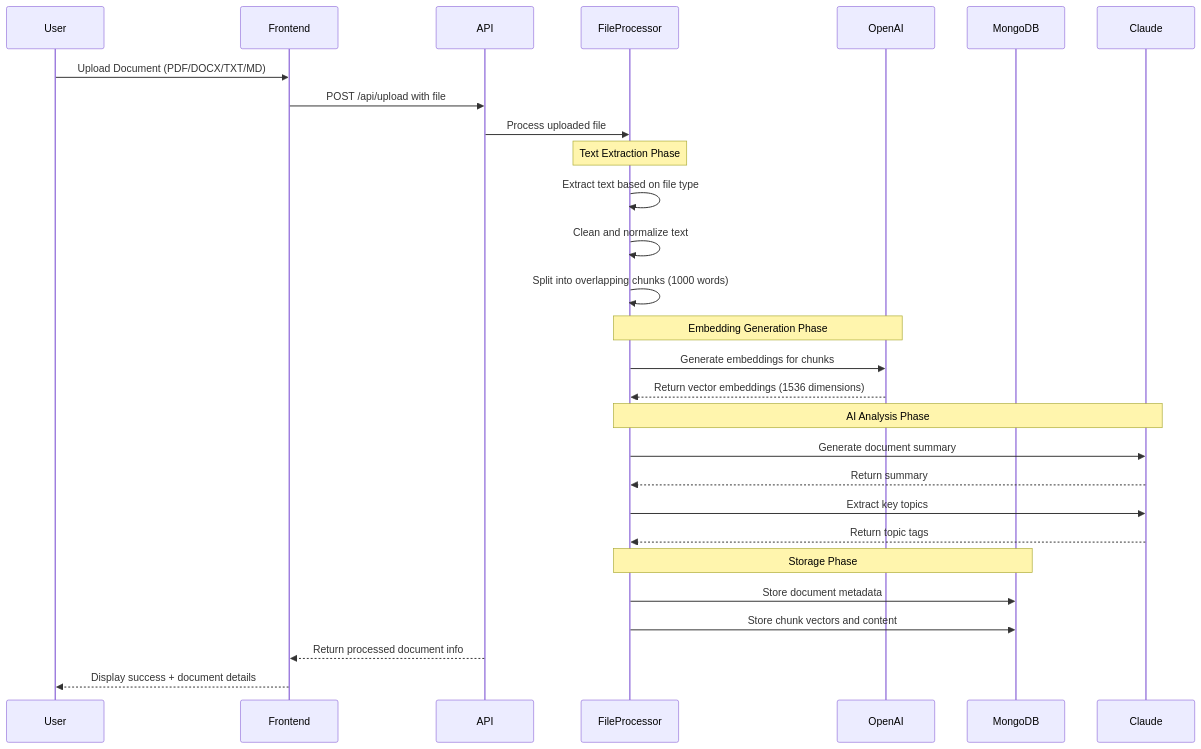
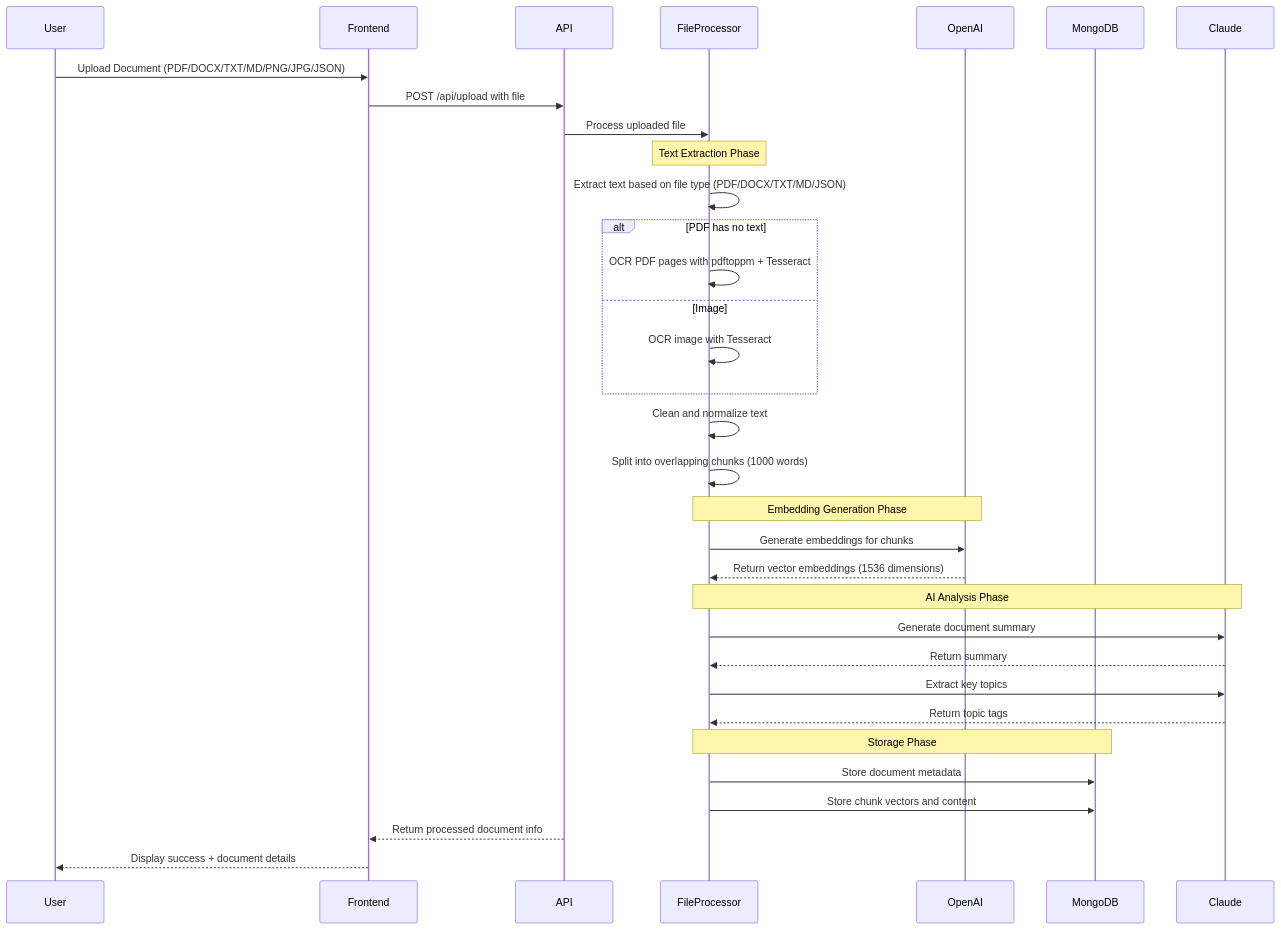
The second of 10 diagrams in README.md (viditkbhatnagar/secondBrain), drawn with Mermaid before and after one commit. The commit also changed other lines of this file and 24 other files, not shown here.

````diff
--- a/README.md
+++ b/README.md
@@ -244,36 +250,41 @@
 ```mermaid
 sequenceDiagram
     participant User
     participant Frontend
     participant API
     participant FileProcessor
     participant OpenAI
     participant MongoDB
     participant Claude
     
-    User->>Frontend: Upload Document (PDF/DOCX/TXT/MD)
+    User->>Frontend: Upload Document (PDF/DOCX/TXT/MD/PNG/JPG/JSON)
     Frontend->>API: POST /api/upload with file
     API->>FileProcessor: Process uploaded file
     
     Note over FileProcessor: Text Extraction Phase
-    FileProcessor->>FileProcessor: Extract text based on file type
+    FileProcessor->>FileProcessor: Extract text based on file type (PDF/DOCX/TXT/MD/JSON)
+    alt PDF has no text
+      FileProcessor->>FileProcessor: OCR PDF pages with pdftoppm + Tesseract
+    else Image
+      FileProcessor->>FileProcessor: OCR image with Tesseract
+    end
     FileProcessor->>FileProcessor: Clean and normalize text
     FileProcessor->>FileProcessor: Split into overlapping chunks (1000 words)
     
     Note over FileProcessor,OpenAI: Embedding Generation Phase
     FileProcessor->>OpenAI: Generate embeddings for chunks
     OpenAI-->>FileProcessor: Return vector embeddings (1536 dimensions)
     
     Note over FileProcessor,Claude: AI Analysis Phase
     FileProcessor->>Claude: Generate document summary
     Claude-->>FileProcessor: Return summary
     FileProcessor->>Claude: Extract key topics
     Claude-->>FileProcessor: Return topic tags
     
     Note over FileProcessor,MongoDB: Storage Phase
     FileProcessor->>MongoDB: Store document metadata
     FileProcessor->>MongoDB: Store chunk vectors and content
     
     API-->>Frontend: Return processed document info
     Frontend-->>User: Display success + document details
 ```
````
